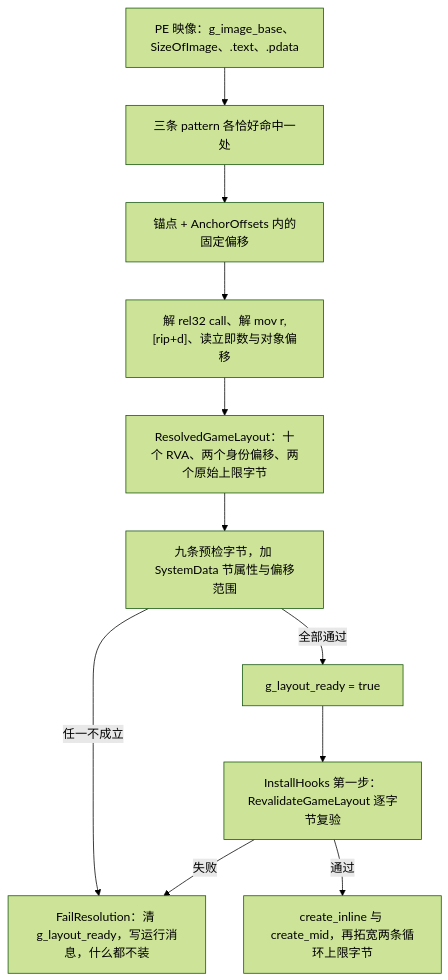
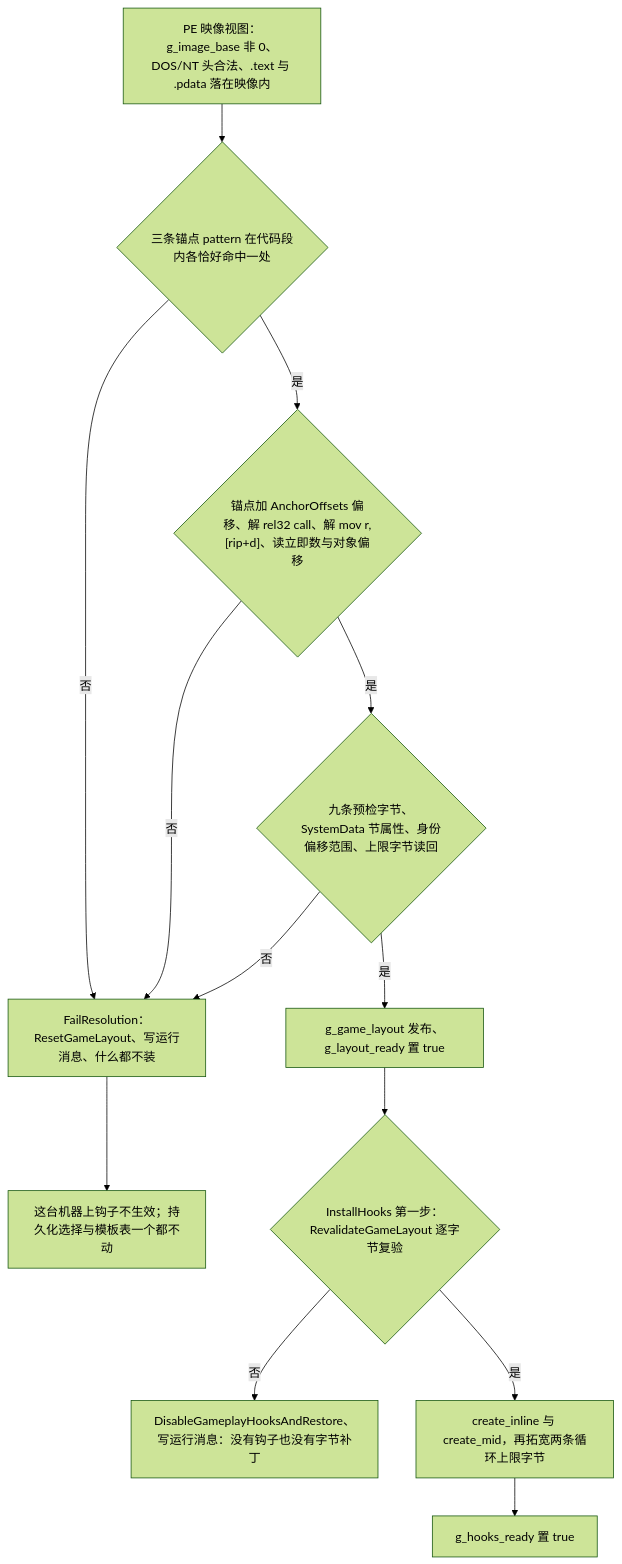
One commit to baagod/GBFR-Sigil-Loadout changed the diagram in openwiki/concepts/game-layout-anchors.md. Above: the diagram before and after it, drawn with Mermaid (forest theme). The commit also changed other lines of this file and 38 other files, not shown here.

````diff
--- a/openwiki/concepts/game-layout-anchors.md
+++ b/openwiki/concepts/game-layout-anchors.md
@@ -101,13 +131,15 @@
 ```mermaid
 flowchart TD
-    IMG["PE 映像：g_image_base、SizeOfImage、.text、.pdata"] --> U["三条 pattern 各恰好命中一处"]
-    U --> OFF["锚点 + AnchorOffsets 内的固定偏移"]
-    OFF --> DEC["解 rel32 call、解 mov r,[rip+d]、读立即数与对象偏移"]
-    DEC --> LAY["ResolvedGameLayout：十个 RVA、两个身份偏移、两个原始上限字节"]
-    LAY --> PF["九条预检字节，加 SystemData 节属性与偏移范围"]
-    PF -- "任一不成立" --> FAIL["FailResolution：清 g_layout_ready，写运行消息，什么都不装"]
-    PF -- "全部通过" --> RDY["g_layout_ready = true"]
-    RDY --> RV["InstallHooks 第一步：RevalidateGameLayout 逐字节复验"]
-    RV -- "失败" --> FAIL
-    RV -- "通过" --> HK["create_inline 与 create_mid，再拓宽两条循环上限字节"]
+    IMG["PE 映像视图：g_image_base 非 0、DOS/NT 头合法、.text 与 .pdata 落在映像内"] --> UNC{"三条锚点 pattern 在代码段内各恰好命中一处"}
+    UNC -->|否| FAIL["FailResolution：ResetGameLayout、写运行消息、什么都不装"]
+    UNC -->|是| DEC{"锚点加 AnchorOffsets 偏移、解 rel32 call、解 mov r,[rip+d]、读立即数与对象偏移"}
+    DEC -->|否| FAIL
+    DEC -->|是| PF{"九条预检字节、SystemData 节属性、身份偏移范围、上限字节读回"}
+    PF -->|否| FAIL
+    PF -->|是| PUB["g_game_layout 发布、g_layout_ready 置 true"]
+    PUB --> RV{"InstallHooks 第一步：RevalidateGameLayout 逐字节复验"}
+    RV -->|否| ROLL["DisableGameplayHooksAndRestore、写运行消息：没有钩子也没有字节补丁"]
+    RV -->|是| HK["create_inline 与 create_mid，再拓宽两条循环上限字节"]
+    HK --> READY["g_hooks_ready 置 true"]
+    FAIL --> NOOP["这台机器上钩子不生效；持久化选择与模板表一个都不动"]
 ```
````
